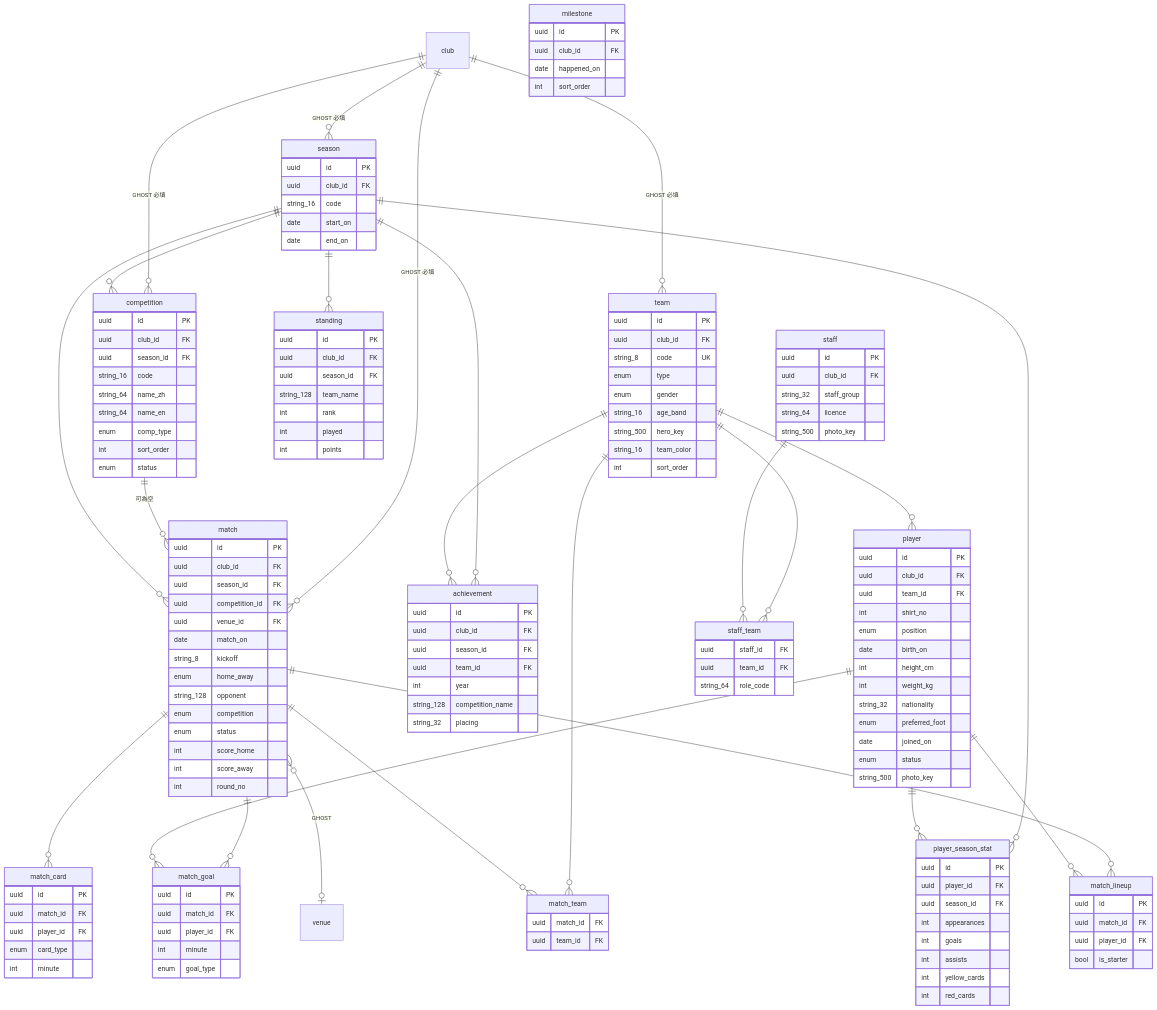
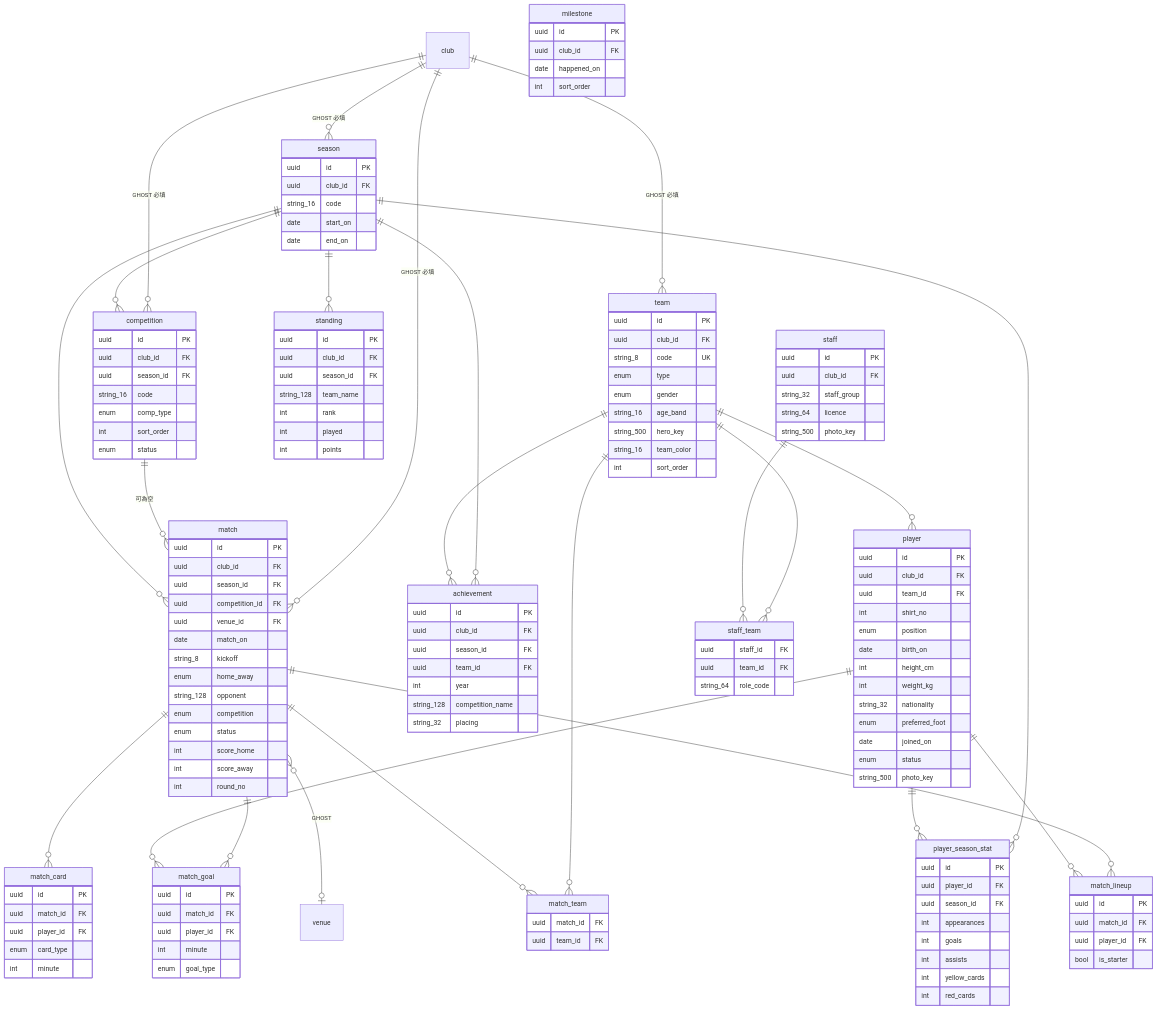
One commit to waiting0201/tcrfc changed the third of 16 diagrams in docs/12a-database-erd.md. Above: the diagram before and after it, drawn with Mermaid. The commit also changed other lines of this file and 3 other files, not shown here.

```diff
--- a/docs/12a-database-erd.md
+++ b/docs/12a-database-erd.md
@@ -200,8 +201,6 @@
     uuid club_id FK
     uuid season_id FK
     string_16 code
-    string_64 name_zh
-    string_64 name_en
     enum comp_type
     int sort_order
     enum status
```
